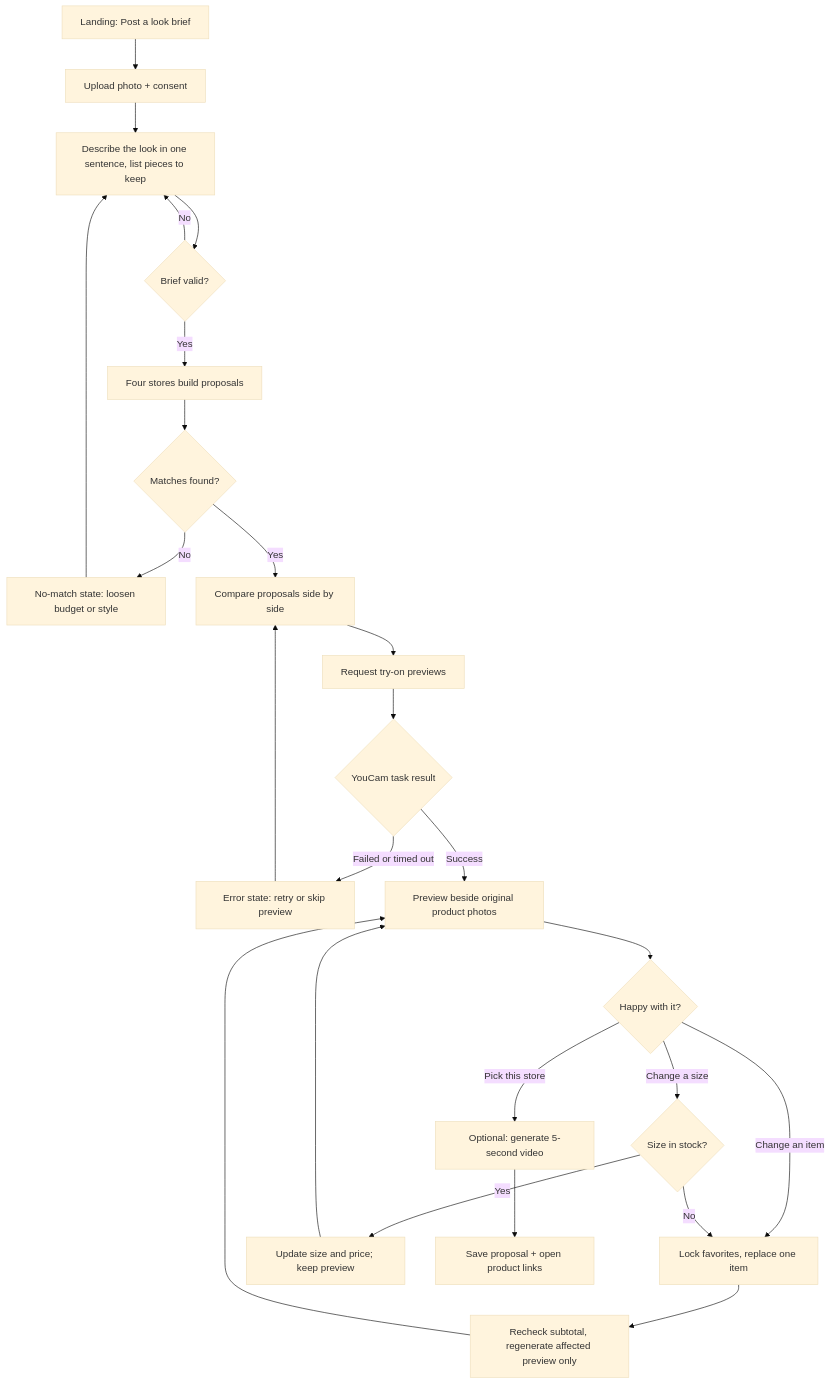
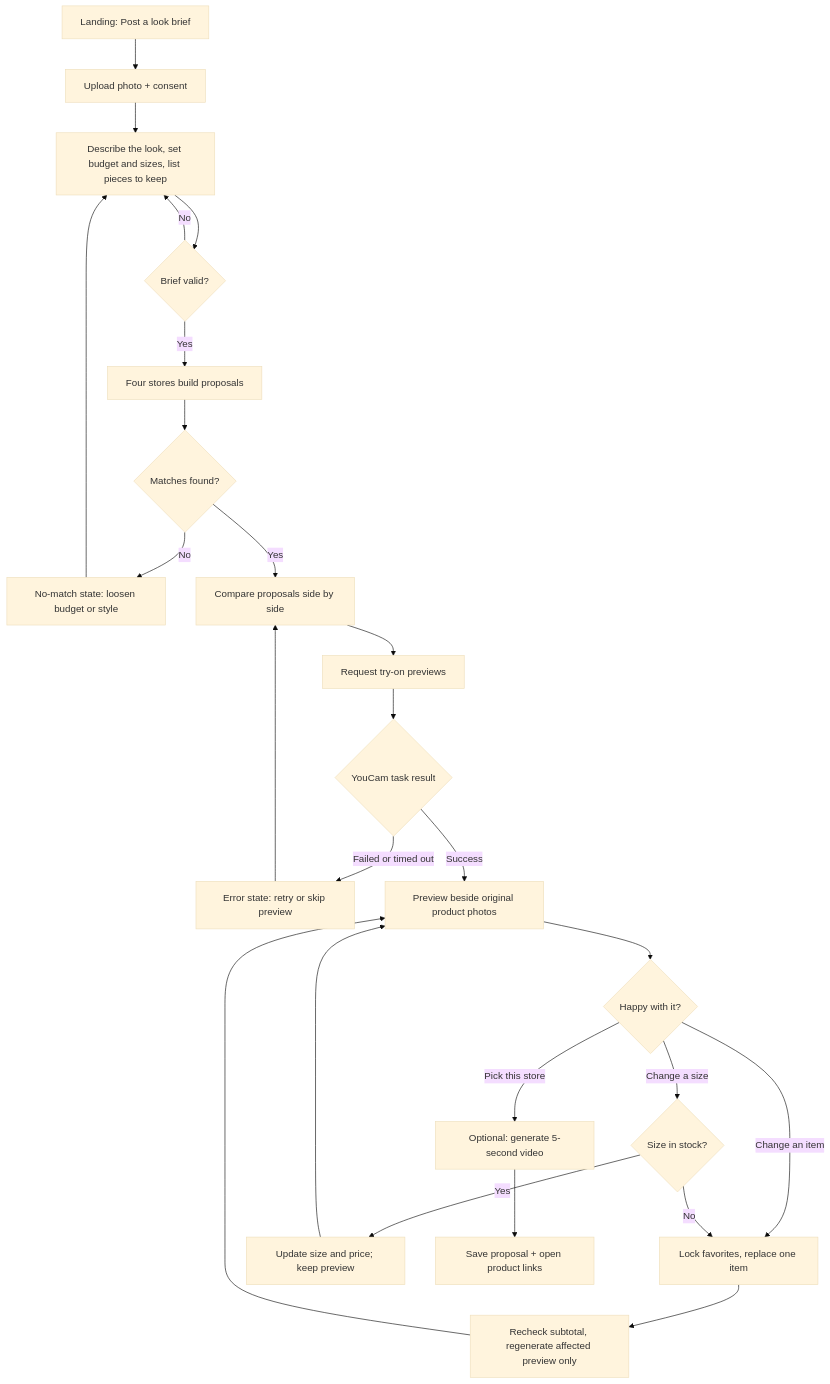
The first of 2 diagrams in docs/look-exchange-user-flow.md (Shawn-Bi/youcam-2), drawn with Mermaid (base theme) before and after one commit. The commit also changed other lines of this file and 3 other files, not shown here.

````diff
--- a/docs/look-exchange-user-flow.md
+++ b/docs/look-exchange-user-flow.md
@@ -17,27 +17,27 @@
 ```mermaid
 flowchart TD
     A[Landing: Post a look brief] --> B[Upload photo + consent]
-    B --> C[Describe the look in one sentence, list pieces to keep]
+    B --> C[Describe the look, set budget and sizes, list pieces to keep]
     C --> D{Brief valid?}
     D -- No --> C
     D -- Yes --> E[Four stores build proposals]
     E --> F{Matches found?}
     F -- No --> G[No-match state: loosen budget or style]
     G --> C
     F -- Yes --> H[Compare proposals side by side]
     H --> I[Request try-on previews]
     I --> J{YouCam task result}
     J -- Failed or timed out --> K[Error state: retry or skip preview]
     K --> H
     J -- Success --> L[Preview beside original product photos]
     L --> M{Happy with it?}
     M -- Change an item --> N[Lock favorites, replace one item]
     N --> O[Recheck subtotal, regenerate affected preview only]
     O --> L
     M -- Change a size --> S{Size in stock?}
     S -- Yes --> T[Update size and price; keep preview]
     T --> L
     S -- No --> N
     M -- Pick this store --> V[Optional: generate 5-second video]
     V --> P[Save proposal + open product links]
 ```
````
